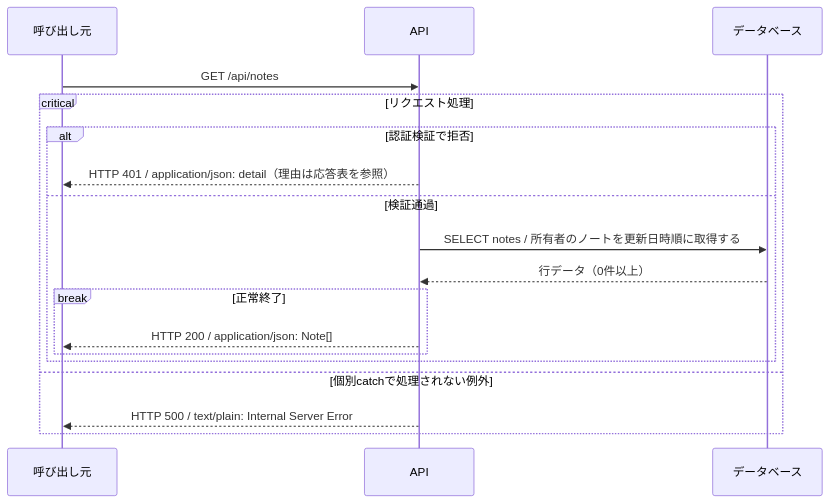
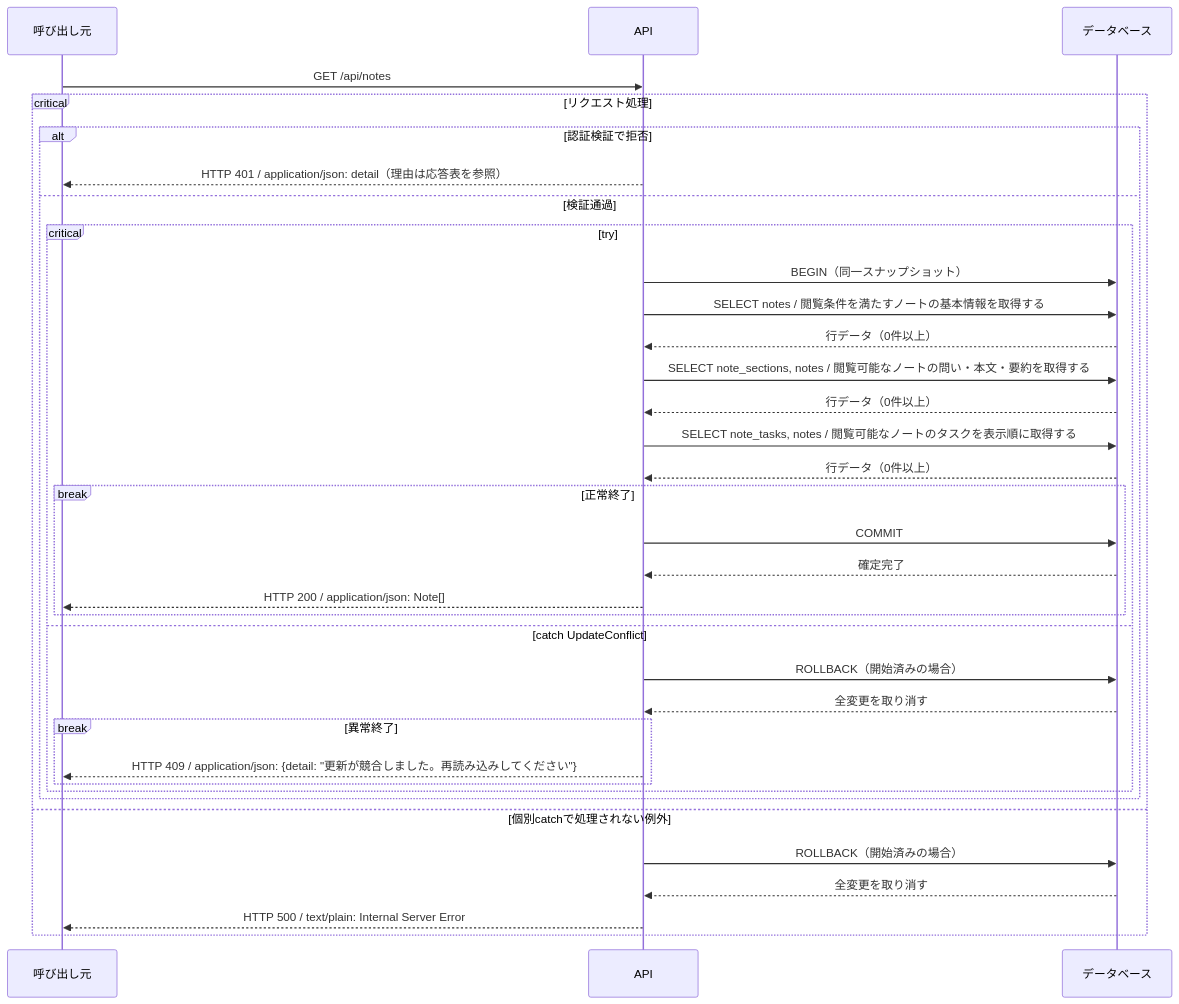
Before and after one commit to tsuji-tomonori/CornellNoteWebv2: the diagram in docs/generated/apis/list_notes/sequence.gen.md, drawn with Mermaid. The commit also changed other lines of this file and 194 other files, not shown here.

````diff
--- a/docs/generated/apis/list_notes/sequence.gen.md
+++ b/docs/generated/apis/list_notes/sequence.gen.md
@@ -21,20 +21,37 @@
 ```mermaid
 sequenceDiagram
     participant C as 呼び出し元
     participant A as API
     participant D as データベース
     C->>A: GET /api/notes
     critical リクエスト処理
     alt 認証検証で拒否
     A-->>C: HTTP 401 / application/json: detail（理由は応答表を参照）
     else 検証通過
-    A->>D: SELECT notes / 所有者のノートを更新日時順に取得する
+    critical try
+    A->>D: BEGIN（同一スナップショット）
+    A->>D: SELECT notes / 閲覧条件を満たすノートの基本情報を取得する
+    D-->>A: 行データ（0件以上）
+    A->>D: SELECT note_sections, notes / 閲覧可能なノートの問い・本文・要約を取得する
+    D-->>A: 行データ（0件以上）
+    A->>D: SELECT note_tasks, notes / 閲覧可能なノートのタスクを表示順に取得する
     D-->>A: 行データ（0件以上）
     break 正常終了
+    A->>D: COMMIT
+    D-->>A: 確定完了
     A-->>C: HTTP 200 / application/json: Note[]
+    end
+    option catch UpdateConflict
+    A->>D: ROLLBACK（開始済みの場合）
+    D-->>A: 全変更を取り消す
+    break 異常終了
+    A-->>C: HTTP 409 / application/json: {detail: #quot;更新が競合しました。再読み込みしてください#quot;}
+    end
     end
     end
     option 個別catchで処理されない例外
+    A->>D: ROLLBACK（開始済みの場合）
+    D-->>A: 全変更を取り消す
     A-->>C: HTTP 500 / text/plain: Internal Server Error
     end
 ```
````
